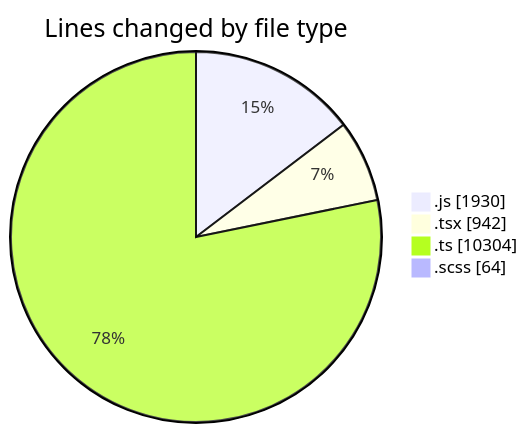
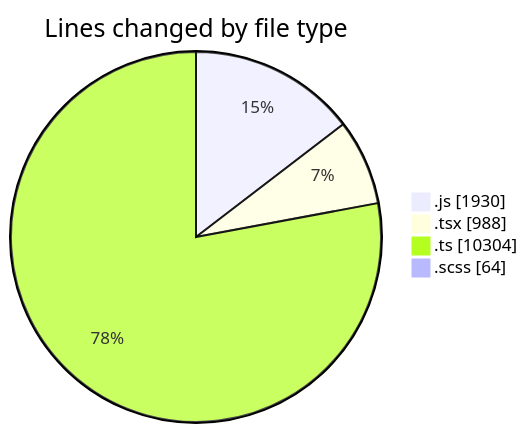
The first of 2 diagrams in 2025-03-13/cda/README.md (momahboobian/code-tracking), drawn with Mermaid before and after one commit. The commit also changed other lines of this file and 1 other file, not shown here.

````diff
--- a/2025-03-13/cda/README.md
+++ b/2025-03-13/cda/README.md
@@ -33,8 +33,8 @@
 ```mermaid
 pie showData
 title Lines changed by file type
 ".js" : 1930
-".tsx" : 942
+".tsx" : 988
 ".ts" : 10304
 ".scss" : 64
 ```
````
